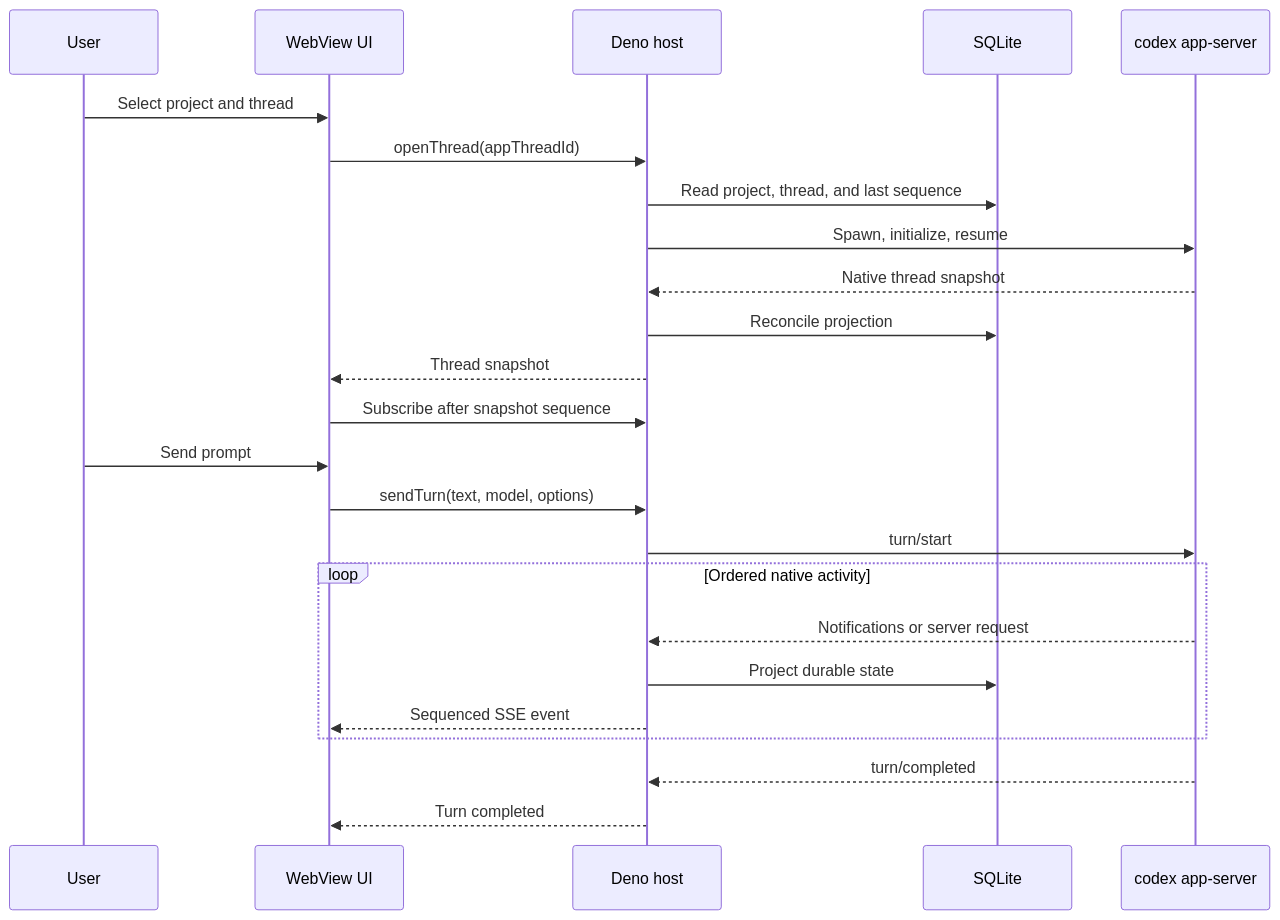
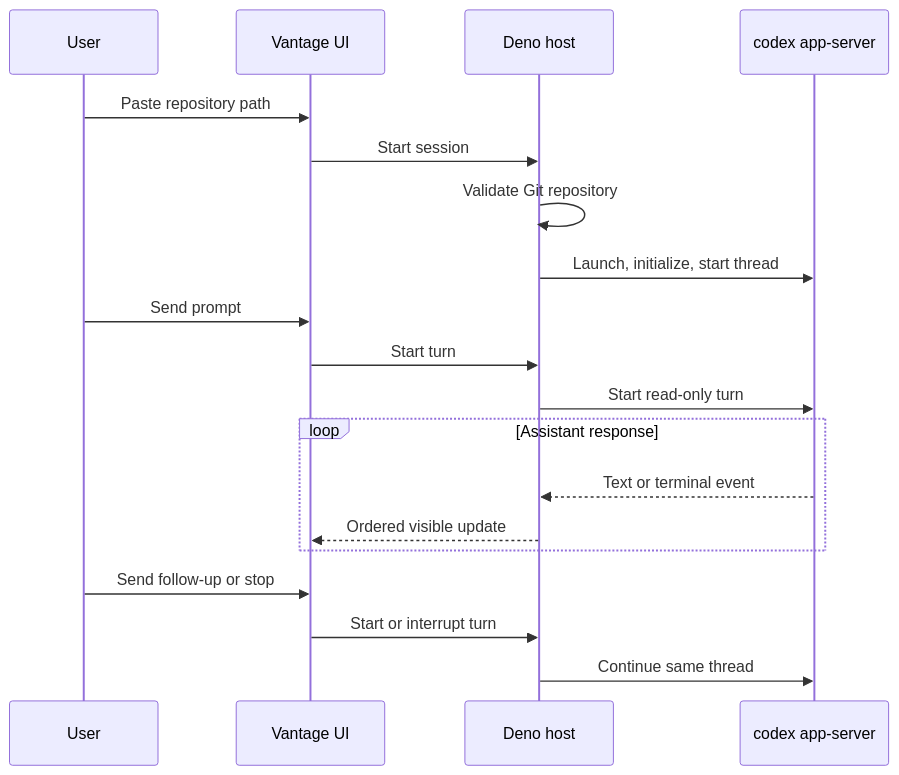
One commit to mabrax/vantage changed the second of 2 diagrams in docs/architecture/README.md. Above: the diagram before and after it, drawn with Mermaid. The commit also changed other lines of this file and 7 other files, not shown here.

Commit message:
docs: rescope milestone 1 to session-only chat

````diff
--- a/docs/architecture/README.md
+++ b/docs/architecture/README.md
@@ -160,27 +96,22 @@
 ```mermaid
 sequenceDiagram
     participant User
-    participant UI as WebView UI
+    participant UI as Vantage UI
     participant Host as Deno host
-    participant DB as SQLite
     participant Codex as codex app-server
 
-    User->>UI: Select project and thread
-    UI->>Host: openThread(appThreadId)
-    Host->>DB: Read project, thread, and last sequence
-    Host->>Codex: Spawn, initialize, resume
-    Codex-->>Host: Native thread snapshot
-    Host->>DB: Reconcile projection
-    Host-->>UI: Thread snapshot
-    UI->>Host: Subscribe after snapshot sequence
+    User->>UI: Paste repository path
+    UI->>Host: Start session
+    Host->>Host: Validate Git repository
+    Host->>Codex: Launch, initialize, start thread
     User->>UI: Send prompt
-    UI->>Host: sendTurn(text, model, options)
-    Host->>Codex: turn/start
-    loop Ordered native activity
-        Codex-->>Host: Notifications or server request
-        Host->>DB: Project durable state
-        Host-->>UI: Sequenced SSE event
+    UI->>Host: Start turn
+    Host->>Codex: Start read-only turn
+    loop Assistant response
+        Codex-->>Host: Text or terminal event
+        Host-->>UI: Ordered visible update
     end
-    Codex-->>Host: turn/completed
-    Host-->>UI: Turn completed
+    User->>UI: Send follow-up or stop
+    UI->>Host: Start or interrupt turn
+    Host->>Codex: Continue same thread
 ```
````
